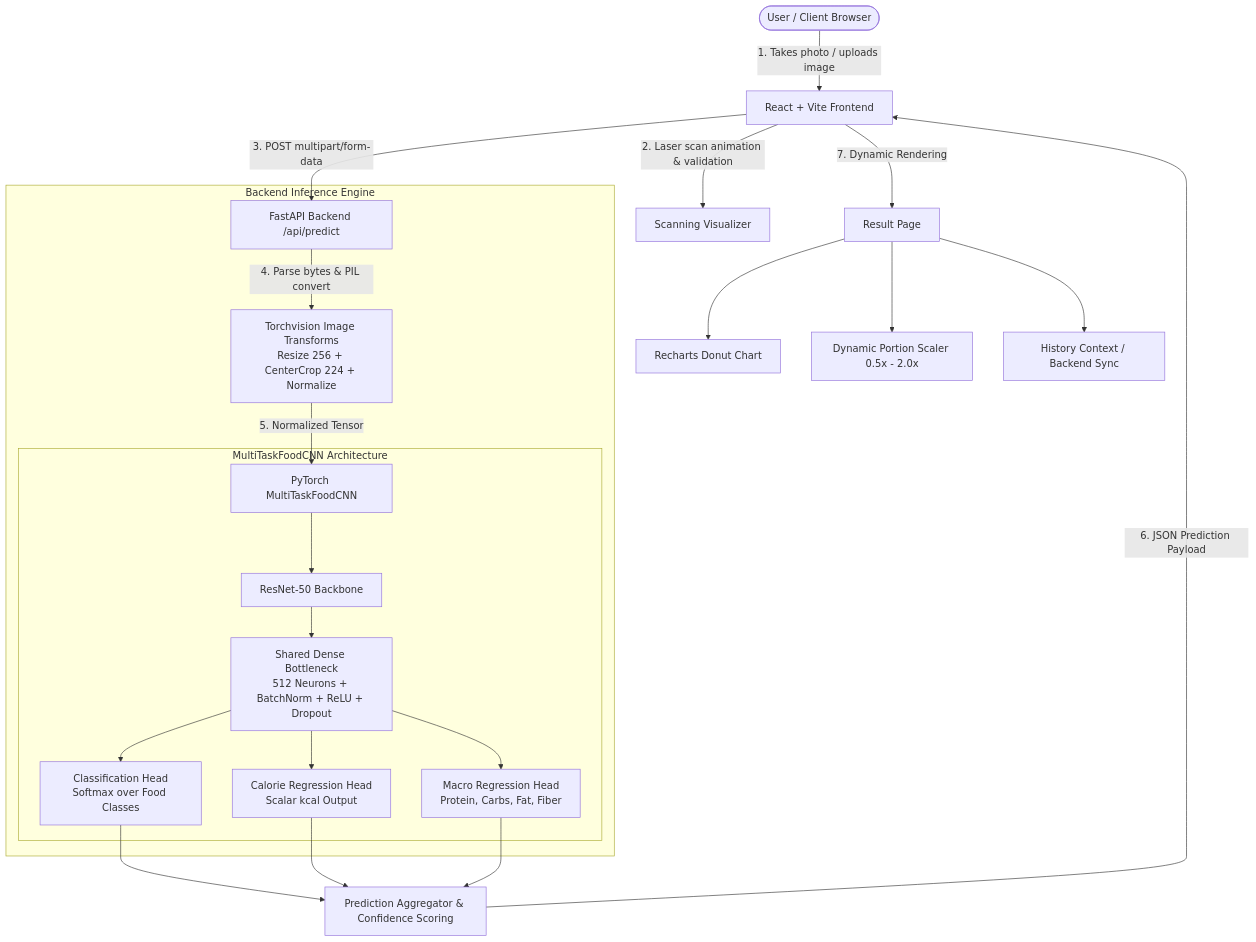
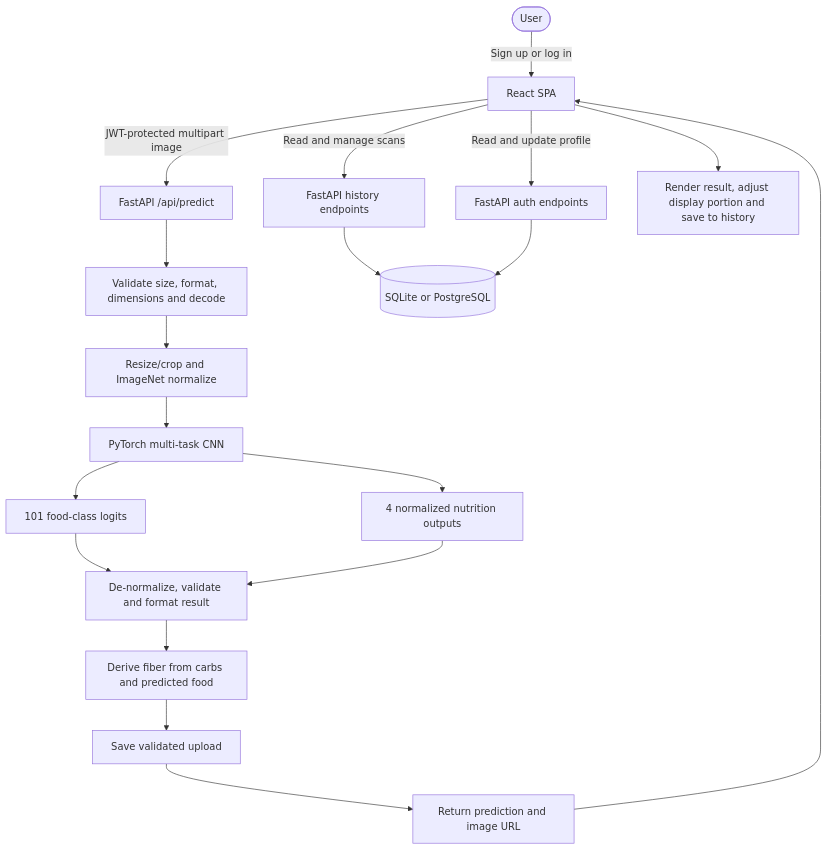
The first of 2 diagrams in PROJECT_DOCUMENTATION.md (KARANVISHWAJYOTH/Food-Image-Calorie-Estimator), drawn with Mermaid before and after one commit. The commit also changed other lines of this file and 4 other files, not shown here.

````diff
--- a/PROJECT_DOCUMENTATION.md
+++ b/PROJECT_DOCUMENTATION.md
@@ -132,29 +130,22 @@
 ```mermaid
 flowchart TD
-    User([User / Client Browser]) -->|1. Takes photo / uploads image| FE[React + Vite Frontend]
-    FE -->|2. Laser scan animation & validation| ScanUI[Scanning Visualizer]
-    FE -->|3. POST multipart/form-data| API[FastAPI Backend /api/predict]
+    User([User]) -->|Sign up or log in| FE[React SPA]
+    FE -->|JWT-protected multipart image| API[FastAPI /api/predict]
+    FE -->|Read and update profile| Auth[FastAPI auth endpoints]
+    FE -->|Read and manage scans| History[FastAPI history endpoints]
     
-    subgraph Backend_Inference[Backend Inference Engine]
-        API -->|4. Parse bytes & PIL convert| Trans[Torchvision Image Transforms<br/>Resize 256 + CenterCrop 224 + Normalize]
-        Trans -->|5. Normalized Tensor| CNN[PyTorch MultiTaskFoodCNN]
-        
-        subgraph MultiTask_Network[MultiTaskFoodCNN Architecture]
-            CNN --> BB[ResNet-50 Backbone]
-            BB --> Bottleneck[Shared Dense Bottleneck<br/>512 Neurons + BatchNorm + ReLU + Dropout]
-            Bottleneck --> HeadCls[Classification Head<br/>Softmax over Food Classes]
-            Bottleneck --> HeadCal[Calorie Regression Head<br/>Scalar kcal Output]
-            Bottleneck --> HeadMacro[Macro Regression Head<br/>Protein, Carbs, Fat, Fiber]
-        end
-    end
-    
-    HeadCls --> OutputAgg[Prediction Aggregator & Confidence Scoring]
-    HeadCal --> OutputAgg
-    HeadMacro --> OutputAgg
-    OutputAgg -->|6. JSON Prediction Payload| FE
-    
-    FE -->|7. Dynamic Rendering| ResPage[Result Page]
-    ResPage --> Chart[Recharts Donut Chart]
-    ResPage --> Scaler[Dynamic Portion Scaler 0.5x - 2.0x]
-    ResPage --> HistCtx[History Context / Backend Sync]
+    API --> Validate[Validate size, format, dimensions and decode]
+    Validate --> Transform[Resize/crop and ImageNet normalize]
+    Transform --> Model[PyTorch multi-task CNN]
+    Model --> Class[101 food-class logits]
+    Model --> Regression[4 normalized nutrition outputs]
+    Class --> Format[De-normalize, validate and format result]
+    Regression --> Format
+    Format --> Fiber[Derive fiber from carbs and predicted food]
+    Fiber --> SaveImage[Save validated upload]
+    SaveImage --> Response[Return prediction and image URL]
+    Response --> FE
+    History --> DB[(SQLite or PostgreSQL)]
+    Auth --> DB
+    FE --> Result[Render result, adjust display portion and save to history]
 ```
````
